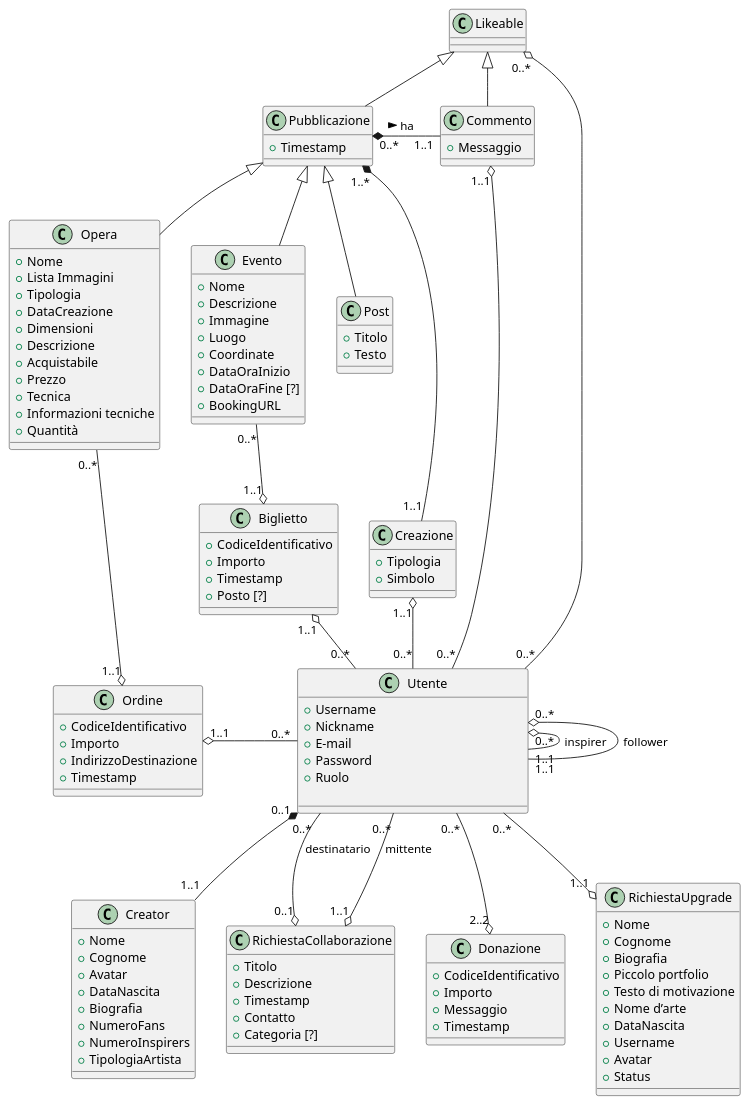
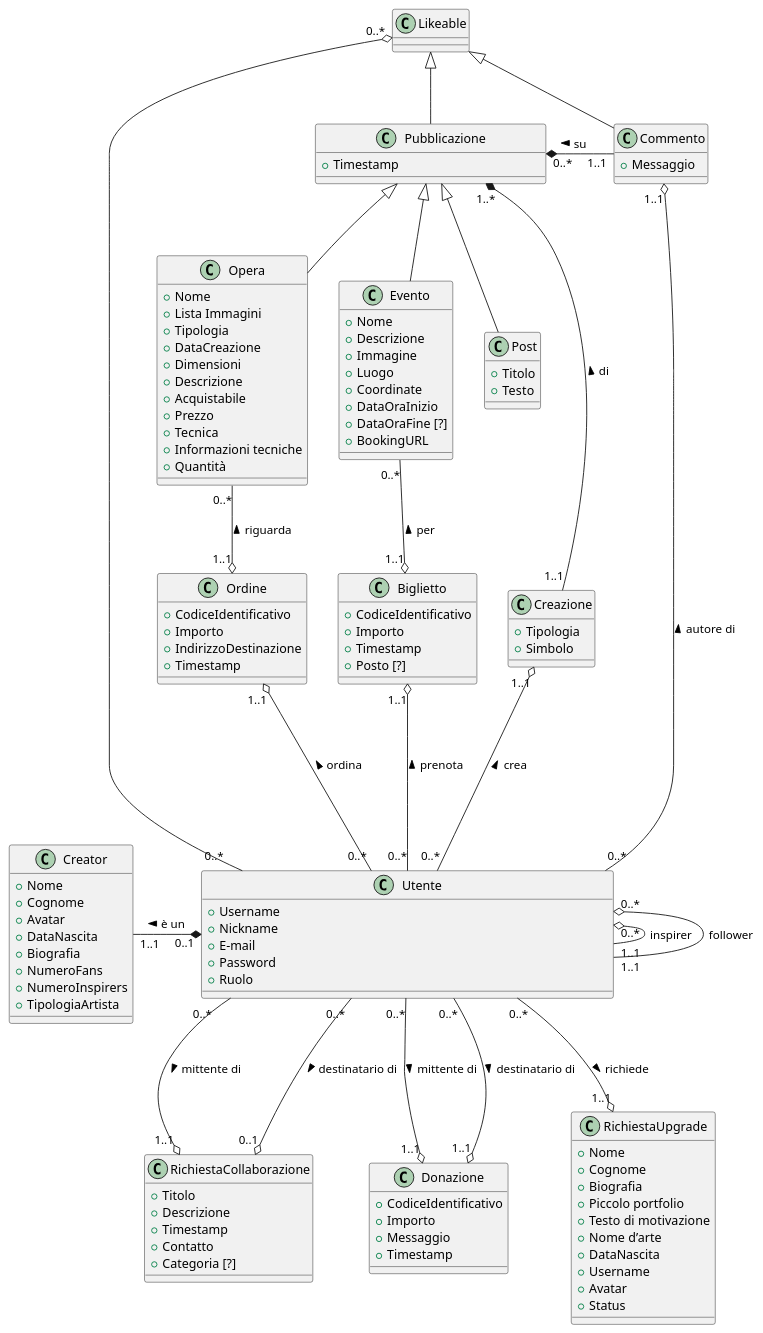
Before and after one commit to creative-hub-taass/analisi: the diagram in class-diagram/class-diagram-er.puml, drawn with PlantUML. The commit also changed 1 other file, not shown here.

Commit message:
updated class-diagram-er + added png export

```diff
--- a/class-diagram/class-diagram-er.puml
+++ b/class-diagram/class-diagram-er.puml
@@ -1,136 +1,137 @@
 @startuml
-'skinparam linetype ortho
+skinparam ranksep 80
 
 class Utente {
 + Username
 + Nickname
 + E-mail
 + Password
-+ Ruolo
-\t\t\t\t\t\t\t\t
++ Ruolo \t\t\t\t\t\t\t\t\t\t\t\t\t\t
 }
 
 class Creator {
 + Nome
 + Cognome
 + Avatar
 + DataNascita
 + Biografia
 + NumeroFans
 + NumeroInspirers
 + TipologiaArtista
 }
 
 class Creazione {
 + Tipologia
 + Simbolo
 }
 
 class Opera {
 + Nome
 + Lista Immagini
 + Tipologia
 + DataCreazione
 + Dimensioni
 + Descrizione
 + Acquistabile
 + Prezzo
 + Tecnica
 + Informazioni tecniche
 + Quantità
 }
 
 class Post {
 + Titolo
 + Testo
 }
 
 class Evento {
 + Nome
 + Descrizione
 + Immagine
 + Luogo
 + Coordinate
 + DataOraInizio
 + DataOraFine [?]
 + BookingURL
 }
 
 class Commento {
 + Messaggio
 }
 
 class Pubblicazione {
-+ Timestamp
++ Timestamp \t\t\t\t\t\t
 }
 
 class Likeable {
 }
 
 class RichiestaCollaborazione {
 + Titolo
 + Descrizione
 + Timestamp
 + Contatto
 + Categoria [?]
 }
 
 class Biglietto {
 + CodiceIdentificativo
 + Importo
 + Timestamp
 + Posto [?]
 }
 
 class Donazione {
 + CodiceIdentificativo
 + Importo
 + Messaggio
 + Timestamp
 }
 
 class Ordine {
 + CodiceIdentificativo
 + Importo
 + IndirizzoDestinazione
 + Timestamp
 }
 
 class RichiestaUpgrade {
 + Nome
 + Cognome
 + Biografia
 + Piccolo portfolio
 + Testo di motivazione
 + Nome d’arte
 + DataNascita
 + Username
 + Avatar
 + Status
 }
 
-Utente "0..*" o- "1..1" Utente : inspirer\\t
-Utente "0..*" o- "1..1" Utente : follower
-Utente "0..1" *-- "1..1" Creator
-Creazione "1..1" o-- "0..*" Utente
-Pubblicazione "1..*" *- "1..1" Creazione
-Commento "1..1" o-- "0..*" Utente
-Opera -up|> Pubblicazione
+Opera --up|> Pubblicazione
 Post -up-|> Pubblicazione
 Evento -up-|> Pubblicazione
 Pubblicazione -up-|> Likeable
 Commento -up-|> Likeable
-Likeable "0..*" o-- "0..*" Utente
-Pubblicazione "0..*" *-right- "1..1" Commento : ha\t >
-Biglietto "1..1" o-up- "0..*" Evento
-Biglietto "1..1" o-down- "0..*" Utente
-Donazione "2..2" o-up- "0..*" Utente
-Ordine "1..1" o-right- "0..*" Utente : \t\t
-Ordine "1..1" o--up- "0..*" Opera
-RichiestaUpgrade "1..1" o-up- "0..*" Utente : \t\t
-RichiestaCollaborazione "1..1" o-up- "0..*" Utente : mittente
-RichiestaCollaborazione "0..1" o-up- "0..*" Utente : destinatario
+Utente "0..*" o- "1..1" Utente : inspirer\t
+Utente "0..*" o- "1..1" Utente : follower
+Utente "0..1" *-left- "1..1" Creator : > è un\t
+Creazione "1..1" o-down- "0..*" Utente : < crea
+Pubblicazione "1..*" *-down- "1..1" Creazione : < di
+Commento "1..1" o-down- "0..*" Utente : < autore di
+Likeable "0..*" o- "0..*" Utente
+Pubblicazione "0..*" *-right- "1..1" Commento : < su\t
+Biglietto "1..1" o-up- "0..*" Evento : per >
+Biglietto "1..1" o-down- "0..*" Utente : < prenota
+Donazione "1..1" o-up- "0..*" Utente : mittente di <
+Donazione "1..1" o-up- "0..*" Utente : destinatario di <
+Ordine "1..1" o--down- "0..*" Utente : < ordina
+Ordine "1..1" o-up- "0..*" Opera : riguarda >
+RichiestaUpgrade "1..1" o-up- "0..*" Utente : < richiede
+RichiestaCollaborazione "1..1" o-up- "0..*" Utente : mittente di <
+RichiestaCollaborazione "0..1" o-up- "0..*" Utente : destinatario di <
 
+Post -[hidden]left- Evento
 Opera -[hidden]right- Evento
 Biglietto -[hidden]right- Creazione
 @enduml
```
